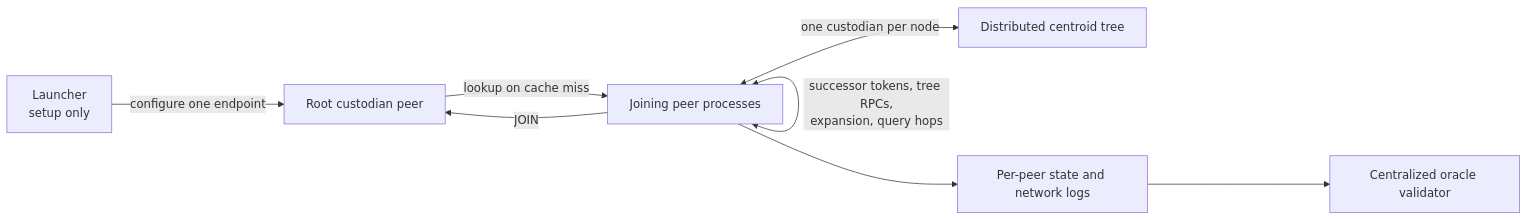
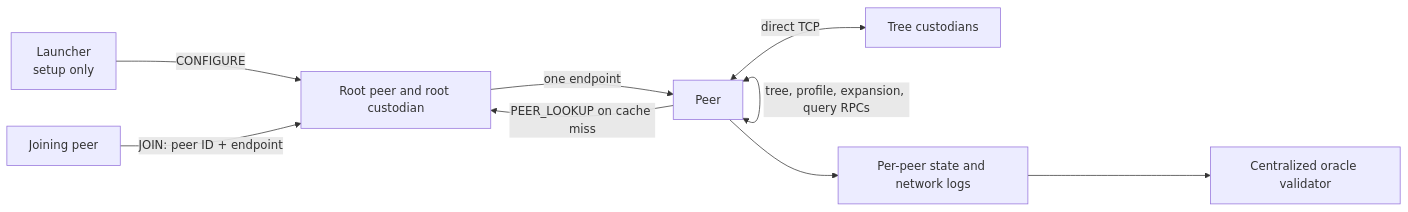
Before and after one commit to pneague/Semantica: the diagram in decentralized_semantica/README.md, drawn with Mermaid. The commit also changed other lines of this file and 1 other file, not shown here.

````diff
--- a/decentralized_semantica/README.md
+++ b/decentralized_semantica/README.md
@@ -25,10 +53,11 @@
 ```mermaid
 flowchart LR
-    L["Launcher<br/>setup only"] -->|"configure one endpoint"| R["Root custodian peer"]
-    P["Joining peer processes"] -->|"JOIN"| R
-    R -->|"lookup on cache miss"| P
-    P <-->|"successor tokens, tree RPCs,<br/>expansion, query hops"| P
-    P <-->|"one custodian per node"| C["Distributed centroid tree"]
+    L["Launcher<br/>setup only"] -->|"CONFIGURE"| R["Root peer and root custodian"]
+    J["Joining peer"] -->|"JOIN: peer ID + endpoint"| R
+    P["Peer"] -->|"PEER_LOOKUP on cache miss"| R
+    R -->|"one endpoint"| P
+    P <-->|"tree, profile, expansion, query RPCs"| P
+    P <-->|"direct TCP"| C["Tree custodians"]
     P --> O["Per-peer state and network logs"]
     O --> V["Centralized oracle validator"]
 ```
````
